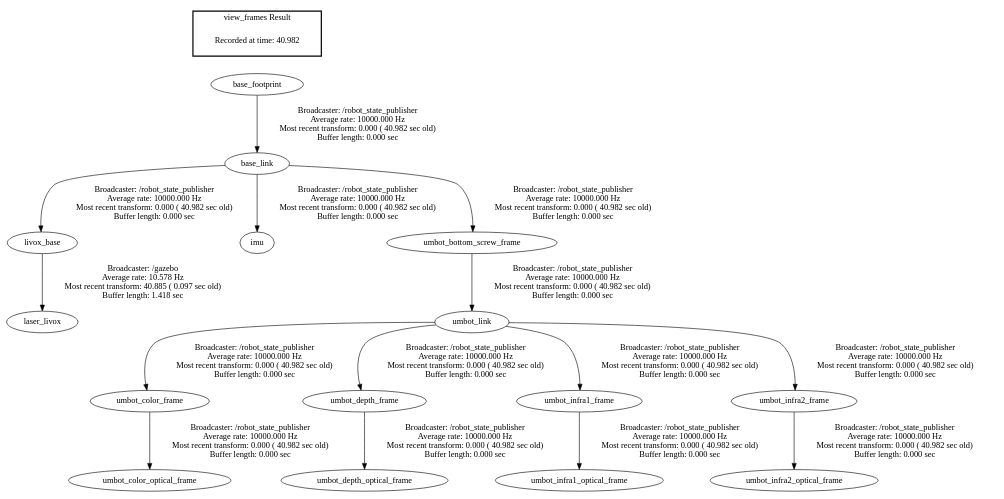
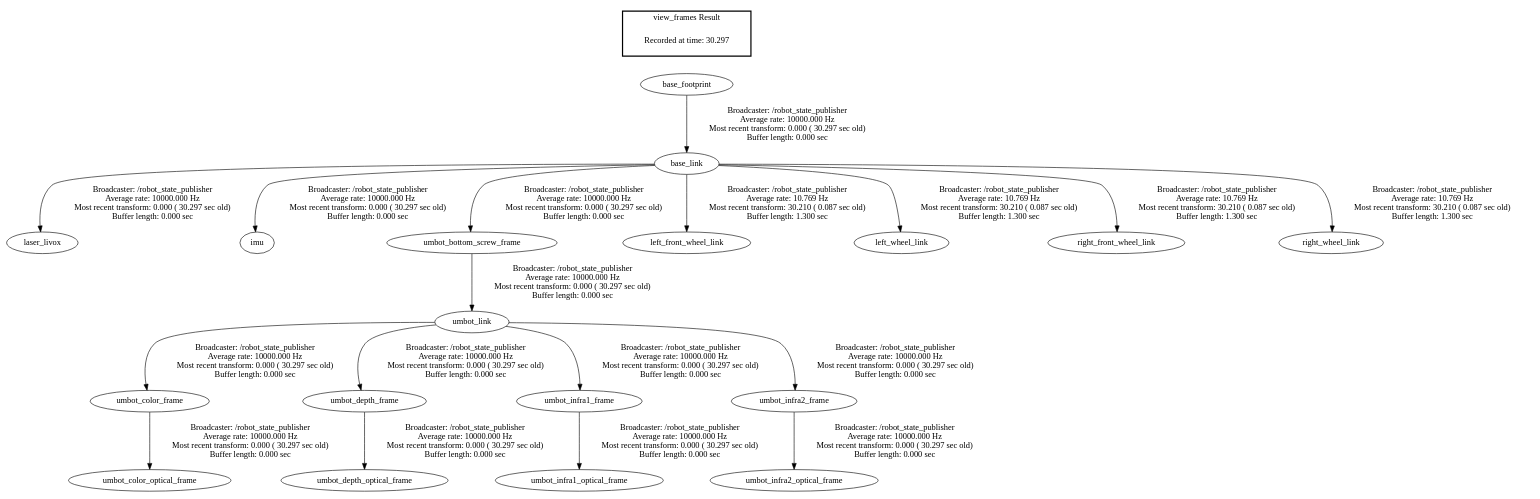
Before and after one commit to Dav1dch/simBot: the diagram in frames.gv, drawn with Graphviz. The commit also changed 2 other files, not shown here.

```diff
--- a/frames.gv
+++ b/frames.gv
@@ -1,20 +1,23 @@
 digraph G {
-"base_link" -> "livox_base"[label="Broadcaster: /robot_state_publisher\nAverage rate: 10000.000 Hz\nMost recent transform: 0.000 ( 40.982 sec old)\nBuffer length: 0.000 sec\n"];
-"base_footprint" -> "base_link"[label="Broadcaster: /robot_state_publisher\nAverage rate: 10000.000 Hz\nMost recent transform: 0.000 ( 40.982 sec old)\nBuffer length: 0.000 sec\n"];
-"base_link" -> "imu"[label="Broadcaster: /robot_state_publisher\nAverage rate: 10000.000 Hz\nMost recent transform: 0.000 ( 40.982 sec old)\nBuffer length: 0.000 sec\n"];
-"umbot_link" -> "umbot_color_frame"[label="Broadcaster: /robot_state_publisher\nAverage rate: 10000.000 Hz\nMost recent transform: 0.000 ( 40.982 sec old)\nBuffer length: 0.000 sec\n"];
-"umbot_bottom_screw_frame" -> "umbot_link"[label="Broadcaster: /robot_state_publisher\nAverage rate: 10000.000 Hz\nMost recent transform: 0.000 ( 40.982 sec old)\nBuffer length: 0.000 sec\n"];
-"umbot_color_frame" -> "umbot_color_optical_frame"[label="Broadcaster: /robot_state_publisher\nAverage rate: 10000.000 Hz\nMost recent transform: 0.000 ( 40.982 sec old)\nBuffer length: 0.000 sec\n"];
-"umbot_link" -> "umbot_depth_frame"[label="Broadcaster: /robot_state_publisher\nAverage rate: 10000.000 Hz\nMost recent transform: 0.000 ( 40.982 sec old)\nBuffer length: 0.000 sec\n"];
-"umbot_depth_frame" -> "umbot_depth_optical_frame"[label="Broadcaster: /robot_state_publisher\nAverage rate: 10000.000 Hz\nMost recent transform: 0.000 ( 40.982 sec old)\nBuffer length: 0.000 sec\n"];
-"umbot_link" -> "umbot_infra1_frame"[label="Broadcaster: /robot_state_publisher\nAverage rate: 10000.000 Hz\nMost recent transform: 0.000 ( 40.982 sec old)\nBuffer length: 0.000 sec\n"];
-"umbot_infra1_frame" -> "umbot_infra1_optical_frame"[label="Broadcaster: /robot_state_publisher\nAverage rate: 10000.000 Hz\nMost recent transform: 0.000 ( 40.982 sec old)\nBuffer length: 0.000 sec\n"];
-"umbot_link" -> "umbot_infra2_frame"[label="Broadcaster: /robot_state_publisher\nAverage rate: 10000.000 Hz\nMost recent transform: 0.000 ( 40.982 sec old)\nBuffer length: 0.000 sec\n"];
-"umbot_infra2_frame" -> "umbot_infra2_optical_frame"[label="Broadcaster: /robot_state_publisher\nAverage rate: 10000.000 Hz\nMost recent transform: 0.000 ( 40.982 sec old)\nBuffer length: 0.000 sec\n"];
-"base_link" -> "umbot_bottom_screw_frame"[label="Broadcaster: /robot_state_publisher\nAverage rate: 10000.000 Hz\nMost recent transform: 0.000 ( 40.982 sec old)\nBuffer length: 0.000 sec\n"];
-"livox_base" -> "laser_livox"[label="Broadcaster: /gazebo\nAverage rate: 10.578 Hz\nMost recent transform: 40.885 ( 0.097 sec old)\nBuffer length: 1.418 sec\n"];
+"base_link" -> "laser_livox"[label="Broadcaster: /robot_state_publisher\nAverage rate: 10000.000 Hz\nMost recent transform: 0.000 ( 30.297 sec old)\nBuffer length: 0.000 sec\n"];
+"base_footprint" -> "base_link"[label="Broadcaster: /robot_state_publisher\nAverage rate: 10000.000 Hz\nMost recent transform: 0.000 ( 30.297 sec old)\nBuffer length: 0.000 sec\n"];
+"base_link" -> "imu"[label="Broadcaster: /robot_state_publisher\nAverage rate: 10000.000 Hz\nMost recent transform: 0.000 ( 30.297 sec old)\nBuffer length: 0.000 sec\n"];
+"umbot_link" -> "umbot_color_frame"[label="Broadcaster: /robot_state_publisher\nAverage rate: 10000.000 Hz\nMost recent transform: 0.000 ( 30.297 sec old)\nBuffer length: 0.000 sec\n"];
+"umbot_bottom_screw_frame" -> "umbot_link"[label="Broadcaster: /robot_state_publisher\nAverage rate: 10000.000 Hz\nMost recent transform: 0.000 ( 30.297 sec old)\nBuffer length: 0.000 sec\n"];
+"umbot_color_frame" -> "umbot_color_optical_frame"[label="Broadcaster: /robot_state_publisher\nAverage rate: 10000.000 Hz\nMost recent transform: 0.000 ( 30.297 sec old)\nBuffer length: 0.000 sec\n"];
+"umbot_link" -> "umbot_depth_frame"[label="Broadcaster: /robot_state_publisher\nAverage rate: 10000.000 Hz\nMost recent transform: 0.000 ( 30.297 sec old)\nBuffer length: 0.000 sec\n"];
+"umbot_depth_frame" -> "umbot_depth_optical_frame"[label="Broadcaster: /robot_state_publisher\nAverage rate: 10000.000 Hz\nMost recent transform: 0.000 ( 30.297 sec old)\nBuffer length: 0.000 sec\n"];
+"umbot_link" -> "umbot_infra1_frame"[label="Broadcaster: /robot_state_publisher\nAverage rate: 10000.000 Hz\nMost recent transform: 0.000 ( 30.297 sec old)\nBuffer length: 0.000 sec\n"];
+"umbot_infra1_frame" -> "umbot_infra1_optical_frame"[label="Broadcaster: /robot_state_publisher\nAverage rate: 10000.000 Hz\nMost recent transform: 0.000 ( 30.297 sec old)\nBuffer length: 0.000 sec\n"];
+"umbot_link" -> "umbot_infra2_frame"[label="Broadcaster: /robot_state_publisher\nAverage rate: 10000.000 Hz\nMost recent transform: 0.000 ( 30.297 sec old)\nBuffer length: 0.000 sec\n"];
+"umbot_infra2_frame" -> "umbot_infra2_optical_frame"[label="Broadcaster: /robot_state_publisher\nAverage rate: 10000.000 Hz\nMost recent transform: 0.000 ( 30.297 sec old)\nBuffer length: 0.000 sec\n"];
+"base_link" -> "umbot_bottom_screw_frame"[label="Broadcaster: /robot_state_publisher\nAverage rate: 10000.000 Hz\nMost recent transform: 0.000 ( 30.297 sec old)\nBuffer length: 0.000 sec\n"];
+"base_link" -> "left_front_wheel_link"[label="Broadcaster: /robot_state_publisher\nAverage rate: 10.769 Hz\nMost recent transform: 30.210 ( 0.087 sec old)\nBuffer length: 1.300 sec\n"];
+"base_link" -> "left_wheel_link"[label="Broadcaster: /robot_state_publisher\nAverage rate: 10.769 Hz\nMost recent transform: 30.210 ( 0.087 sec old)\nBuffer length: 1.300 sec\n"];
+"base_link" -> "right_front_wheel_link"[label="Broadcaster: /robot_state_publisher\nAverage rate: 10.769 Hz\nMost recent transform: 30.210 ( 0.087 sec old)\nBuffer length: 1.300 sec\n"];
+"base_link" -> "right_wheel_link"[label="Broadcaster: /robot_state_publisher\nAverage rate: 10.769 Hz\nMost recent transform: 30.210 ( 0.087 sec old)\nBuffer length: 1.300 sec\n"];
 edge [style=invis];
  subgraph cluster_legend { style=bold; color=black; label ="view_frames Result";
-"Recorded at time: 40.982"[ shape=plaintext ] ;
+"Recorded at time: 30.297"[ shape=plaintext ] ;
  }->"base_footprint";
 }
```
